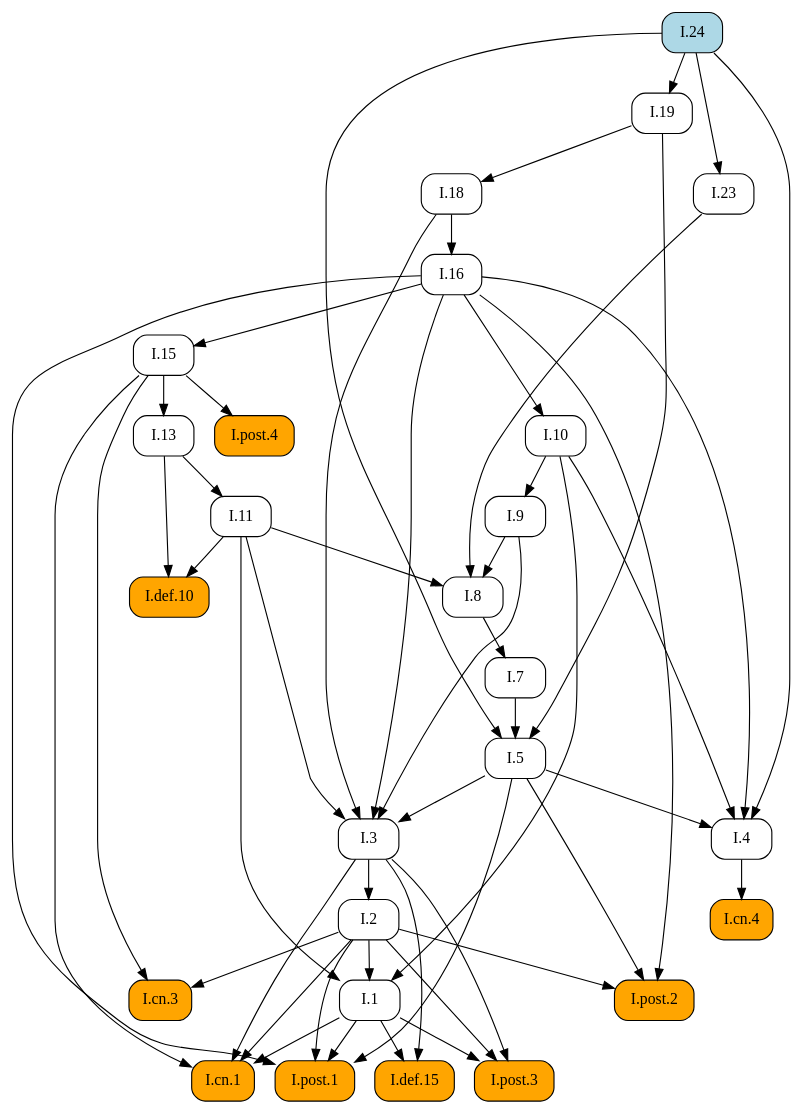
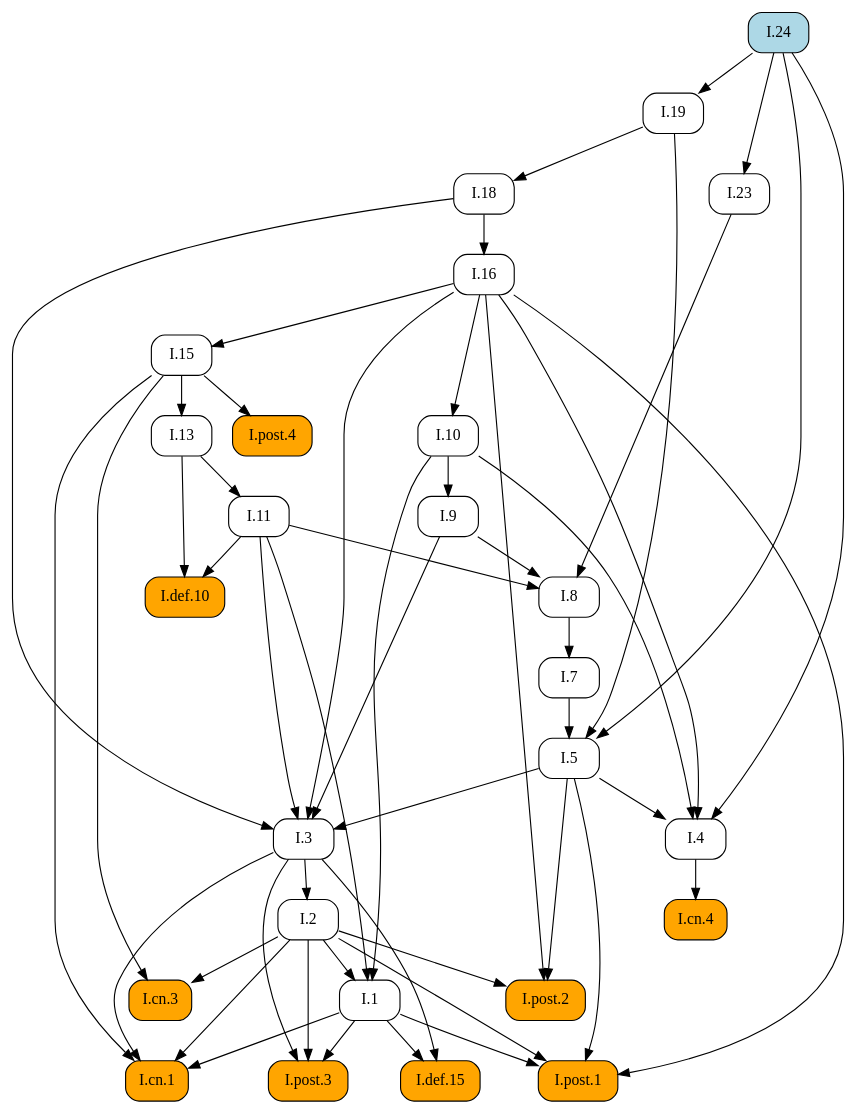
One commit to geometor/elements changed the diagram in docsrc/elements2/I/24/index.rst. Above: the diagram before and after it, drawn with Graphviz. The commit also changed other lines of this file and 409 other files, not shown here.

First line of the commit message:
feat: Add image cropping and graphic extraction script

```diff
--- a/docsrc/elements2/I/24/index.rst
+++ b/docsrc/elements2/I/24/index.rst
@@ -66,81 +66,81 @@
    digraph {
      rankdir="TB";
      node [shape=box, style=rounded];
+     "I.def.15" [style="rounded,filled", fillcolor=orange, URL="/elements2/I/def.15/", target="_top"];
+     "I.19" [URL="/elements2/I/19/", target="_top"];
+     "I.18" [URL="/elements2/I/18/", target="_top"];
+     "I.11" [URL="/elements2/I/11/", target="_top"];
+     "I.def.10" [style="rounded,filled", fillcolor=orange, URL="/elements2/I/def.10/", target="_top"];
      "I.8" [URL="/elements2/I/8/", target="_top"];
-     "I.19" [URL="/elements2/I/19/", target="_top"];
-     "I.1" [URL="/elements2/I/1/", target="_top"];
-     "I.cn.4" [style="rounded,filled", fillcolor=orange, URL="/elements2/I/cn.4/", target="_top"];
-     "I.cn.3" [style="rounded,filled", fillcolor=orange, URL="/elements2/I/cn.3/", target="_top"];
-     "I.7" [URL="/elements2/I/7/", target="_top"];
-     "I.post.1" [style="rounded,filled", fillcolor=orange, URL="/elements2/I/post.1/", target="_top"];
-     "I.9" [URL="/elements2/I/9/", target="_top"];
      "I.5" [URL="/elements2/I/5/", target="_top"];
-     "I.cn.1" [style="rounded,filled", fillcolor=orange, URL="/elements2/I/cn.1/", target="_top"];
-     "I.16" [URL="/elements2/I/16/", target="_top"];
-     "I.def.10" [style="rounded,filled", fillcolor=orange, URL="/elements2/I/def.10/", target="_top"];
-     "I.18" [URL="/elements2/I/18/", target="_top"];
-     "I.13" [URL="/elements2/I/13/", target="_top"];
-     "I.post.4" [style="rounded,filled", fillcolor=orange, URL="/elements2/I/post.4/", target="_top"];
-     "I.2" [URL="/elements2/I/2/", target="_top"];
-     "I.def.15" [style="rounded,filled", fillcolor=orange, URL="/elements2/I/def.15/", target="_top"];
-     "I.4" [URL="/elements2/I/4/", target="_top"];
-     "I.24" [style="rounded,filled", fillcolor=lightblue, URL="/elements2/I/24/", target="_top"];
-     "I.11" [URL="/elements2/I/11/", target="_top"];
-     "I.10" [URL="/elements2/I/10/", target="_top"];
      "I.15" [URL="/elements2/I/15/", target="_top"];
      "I.3" [URL="/elements2/I/3/", target="_top"];
+     "I.10" [URL="/elements2/I/10/", target="_top"];
+     "I.cn.3" [style="rounded,filled", fillcolor=orange, URL="/elements2/I/cn.3/", target="_top"];
+     "I.cn.1" [style="rounded,filled", fillcolor=orange, URL="/elements2/I/cn.1/", target="_top"];
+     "I.13" [URL="/elements2/I/13/", target="_top"];
+     "I.post.3" [style="rounded,filled", fillcolor=orange, URL="/elements2/I/post.3/", target="_top"];
+     "I.4" [URL="/elements2/I/4/", target="_top"];
+     "I.7" [URL="/elements2/I/7/", target="_top"];
+     "I.9" [URL="/elements2/I/9/", target="_top"];
+     "I.23" [URL="/elements2/I/23/", target="_top"];
+     "I.16" [URL="/elements2/I/16/", target="_top"];
+     "I.post.1" [style="rounded,filled", fillcolor=orange, URL="/elements2/I/post.1/", target="_top"];
+     "I.2" [URL="/elements2/I/2/", target="_top"];
+     "I.24" [style="rounded,filled", fillcolor=lightblue, URL="/elements2/I/24/", target="_top"];
+     "I.cn.4" [style="rounded,filled", fillcolor=orange, URL="/elements2/I/cn.4/", target="_top"];
+     "I.post.4" [style="rounded,filled", fillcolor=orange, URL="/elements2/I/post.4/", target="_top"];
+     "I.1" [URL="/elements2/I/1/", target="_top"];
      "I.post.2" [style="rounded,filled", fillcolor=orange, URL="/elements2/I/post.2/", target="_top"];
-     "I.23" [URL="/elements2/I/23/", target="_top"];
-     "I.post.3" [style="rounded,filled", fillcolor=orange, URL="/elements2/I/post.3/", target="_top"];
+     "I.1" -> "I.def.15";
+     "I.3" -> "I.def.15";
+     "I.24" -> "I.19";
+     "I.19" -> "I.18";
+     "I.13" -> "I.11";
+     "I.11" -> "I.def.10";
+     "I.13" -> "I.def.10";
      "I.9" -> "I.8";
      "I.11" -> "I.8";
      "I.23" -> "I.8";
-     "I.24" -> "I.19";
-     "I.2" -> "I.1";
-     "I.10" -> "I.1";
-     "I.11" -> "I.1";
-     "I.4" -> "I.cn.4";
-     "I.2" -> "I.cn.3";
-     "I.15" -> "I.cn.3";
-     "I.8" -> "I.7";
-     "I.1" -> "I.post.1";
-     "I.2" -> "I.post.1";
-     "I.5" -> "I.post.1";
-     "I.16" -> "I.post.1";
-     "I.10" -> "I.9";
      "I.7" -> "I.5";
      "I.19" -> "I.5";
      "I.24" -> "I.5";
-     "I.1" -> "I.cn.1";
-     "I.2" -> "I.cn.1";
-     "I.3" -> "I.cn.1";
-     "I.15" -> "I.cn.1";
-     "I.18" -> "I.16";
-     "I.11" -> "I.def.10";
-     "I.13" -> "I.def.10";
-     "I.19" -> "I.18";
-     "I.15" -> "I.13";
-     "I.15" -> "I.post.4";
-     "I.3" -> "I.2";
-     "I.1" -> "I.def.15";
-     "I.3" -> "I.def.15";
-     "I.5" -> "I.4";
-     "I.10" -> "I.4";
-     "I.16" -> "I.4";
-     "I.24" -> "I.4";
-     "I.13" -> "I.11";
-     "I.16" -> "I.10";
      "I.16" -> "I.15";
      "I.5" -> "I.3";
      "I.9" -> "I.3";
      "I.11" -> "I.3";
      "I.16" -> "I.3";
      "I.18" -> "I.3";
+     "I.16" -> "I.10";
+     "I.2" -> "I.cn.3";
+     "I.15" -> "I.cn.3";
+     "I.1" -> "I.cn.1";
+     "I.2" -> "I.cn.1";
+     "I.3" -> "I.cn.1";
+     "I.15" -> "I.cn.1";
+     "I.15" -> "I.13";
+     "I.1" -> "I.post.3";
+     "I.2" -> "I.post.3";
+     "I.3" -> "I.post.3";
+     "I.5" -> "I.4";
+     "I.10" -> "I.4";
+     "I.16" -> "I.4";
+     "I.24" -> "I.4";
+     "I.8" -> "I.7";
+     "I.10" -> "I.9";
+     "I.24" -> "I.23";
+     "I.18" -> "I.16";
+     "I.1" -> "I.post.1";
+     "I.2" -> "I.post.1";
+     "I.5" -> "I.post.1";
+     "I.16" -> "I.post.1";
+     "I.3" -> "I.2";
+     "I.4" -> "I.cn.4";
+     "I.15" -> "I.post.4";
+     "I.2" -> "I.1";
+     "I.10" -> "I.1";
+     "I.11" -> "I.1";
      "I.2" -> "I.post.2";
      "I.5" -> "I.post.2";
      "I.16" -> "I.post.2";
-     "I.24" -> "I.23";
-     "I.1" -> "I.post.3";
-     "I.2" -> "I.post.3";
-     "I.3" -> "I.post.3";
    }
```
